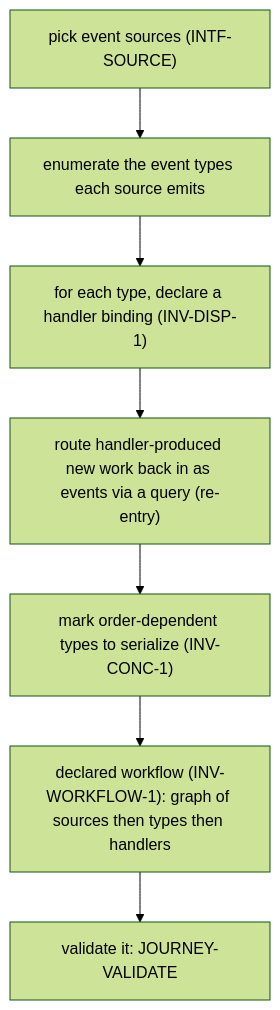
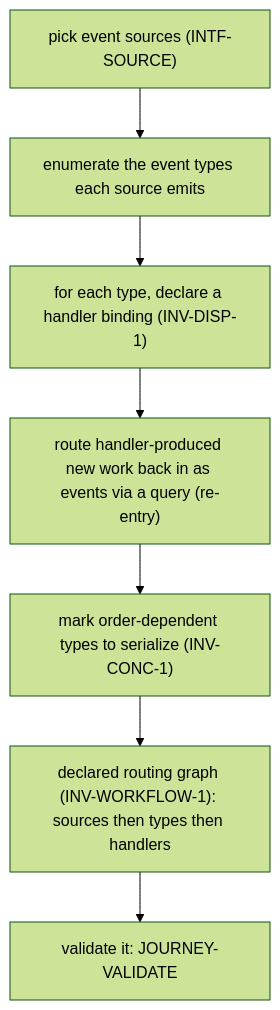
One commit to phillipgreenii/nix-agent-support changed the third of 13 diagrams in packages/pr-pool/docs/behavior/journeys.md. Above: the diagram before and after it, drawn with Mermaid (forest theme). The commit also changed other lines of this file and 5 other files, not shown here.

````diff
--- a/packages/pr-pool/docs/behavior/journeys.md
+++ b/packages/pr-pool/docs/behavior/journeys.md
@@ -188,9 +192,9 @@
 ```mermaid
 flowchart TD
     s["pick event sources (INTF-SOURCE)"] --> types["enumerate the event types each source emits"]
     types --> b["for each type, declare a handler binding (INV-DISP-1)"]
     b --> reentry["route handler-produced new work back in as events via a query (re-entry)"]
     reentry --> serialize["mark order-dependent types to serialize (INV-CONC-1)"]
-    serialize --> decl["declared workflow (INV-WORKFLOW-1): graph of sources then types then handlers"]
+    serialize --> decl["declared routing graph (INV-WORKFLOW-1): sources then types then handlers"]
     decl --> val["validate it: JOURNEY-VALIDATE"]
 ```
````
